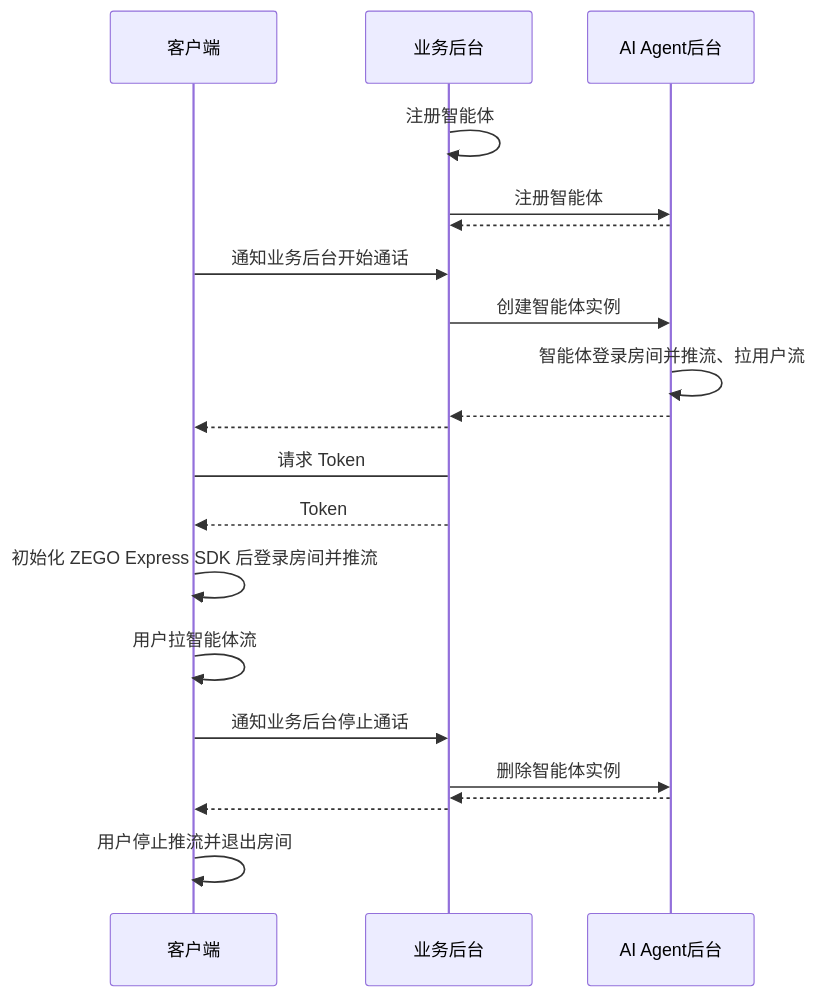
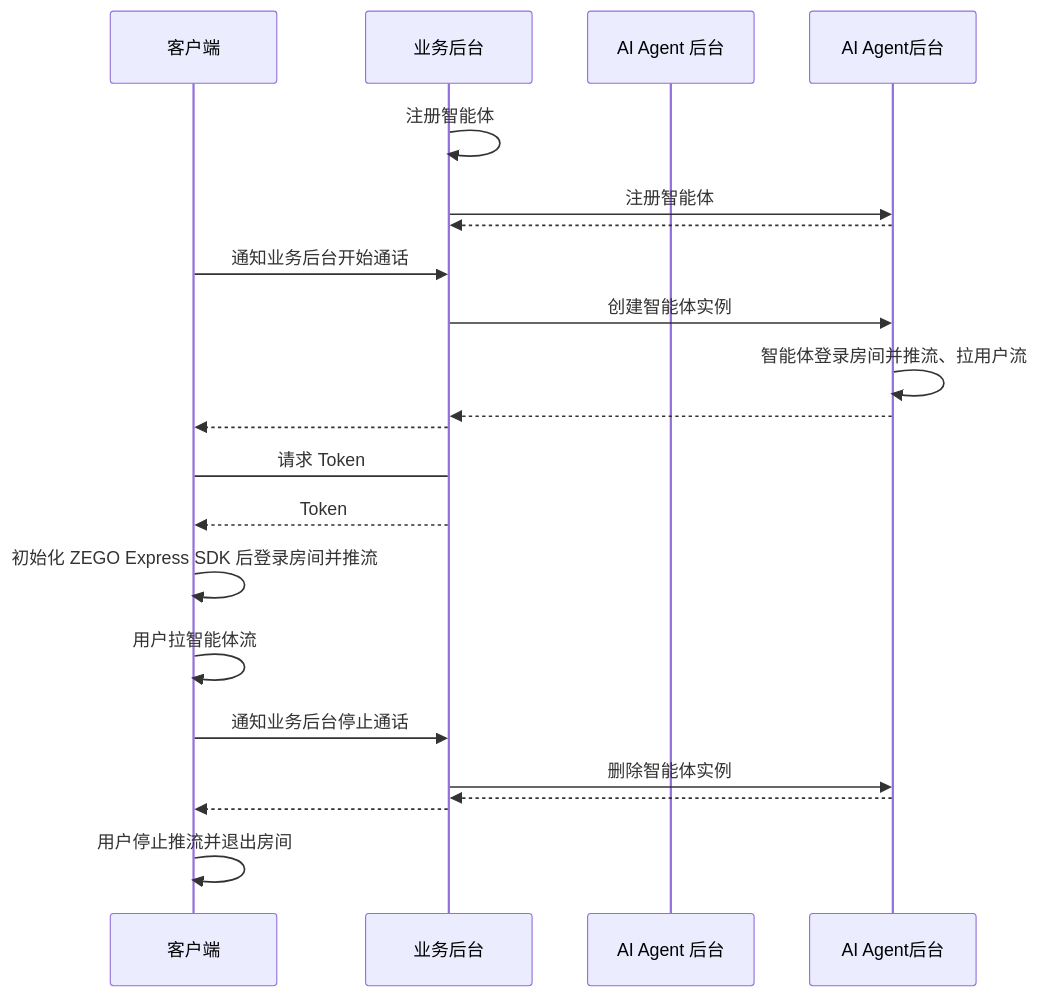
The diagram in core_products/aiagent/zh/docs_aiagent_android_zh/Quick start.mdx (ZEGOCLOUD/docs_all), drawn with Mermaid before and after one commit. The commit also changed other lines of this file and 2 other files, not shown here.

````diff
--- a/core_products/aiagent/zh/docs_aiagent_android_zh/Quick start.mdx
+++ b/core_products/aiagent/zh/docs_aiagent_android_zh/Quick start.mdx
@@ -56,31 +61,31 @@
 ```mermaid
 sequenceDiagram
     participant 客户端
     participant 业务后台
-    participant AI Agent后台
+    participant AI Agent 后台
     
     业务后台->>业务后台: 注册智能体
     业务后台->>AI Agent后台: 注册智能体
     AI Agent后台-->>业务后台: 
 
     客户端->>业务后台: 通知业务后台开始通话
     业务后台->>AI Agent后台: 创建智能体实例
     AI Agent后台->>AI Agent后台: 智能体登录房间并推流、拉用户流
     AI Agent后台-->>业务后台: 
     业务后台-->>客户端: 
 
     客户端->业务后台: 请求 Token
     业务后台-->>客户端: Token
     
     客户端->>客户端: 初始化 ZEGO Express SDK 后登录房间并推流
     
     
     客户端->>客户端: 用户拉智能体流
     
     客户端->>业务后台: 通知业务后台停止通话
     业务后台->>AI Agent后台: 删除智能体实例
     AI Agent后台-->>业务后台: 
     业务后台-->>客户端: 
     
     客户端->>客户端: 用户停止推流并退出房间
 ```
````
